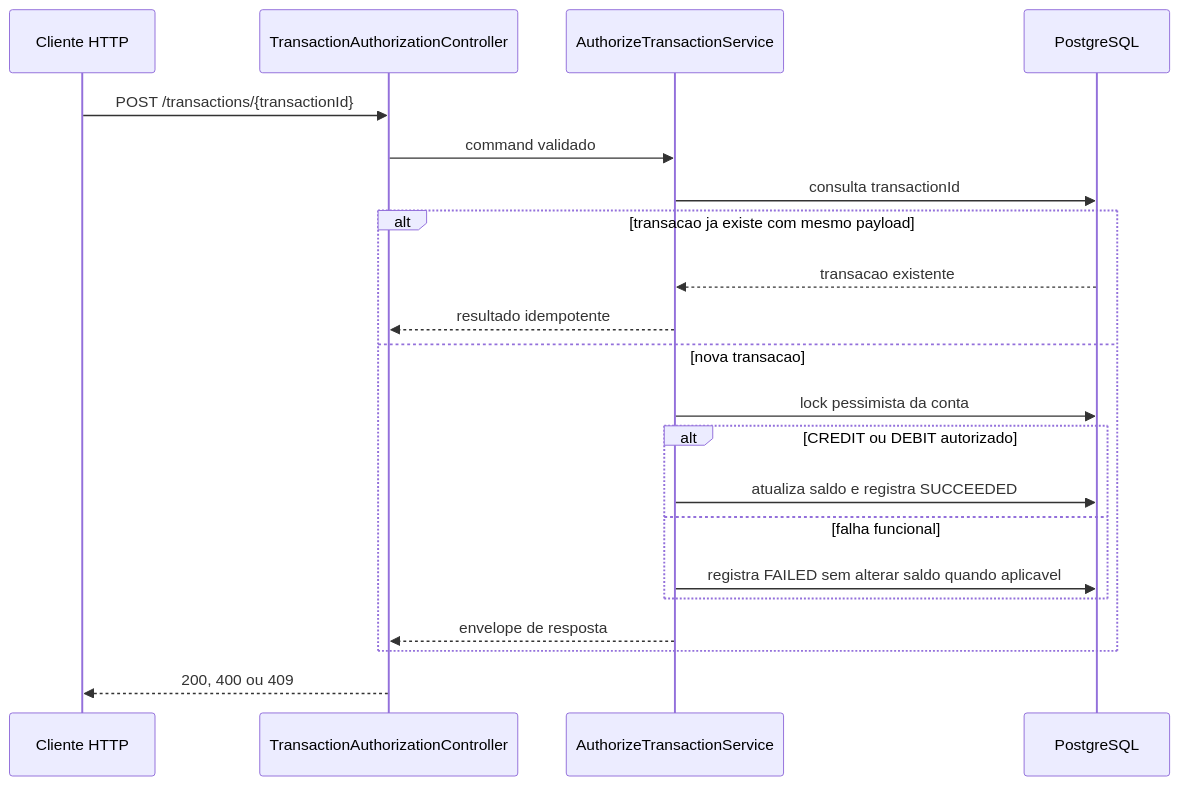
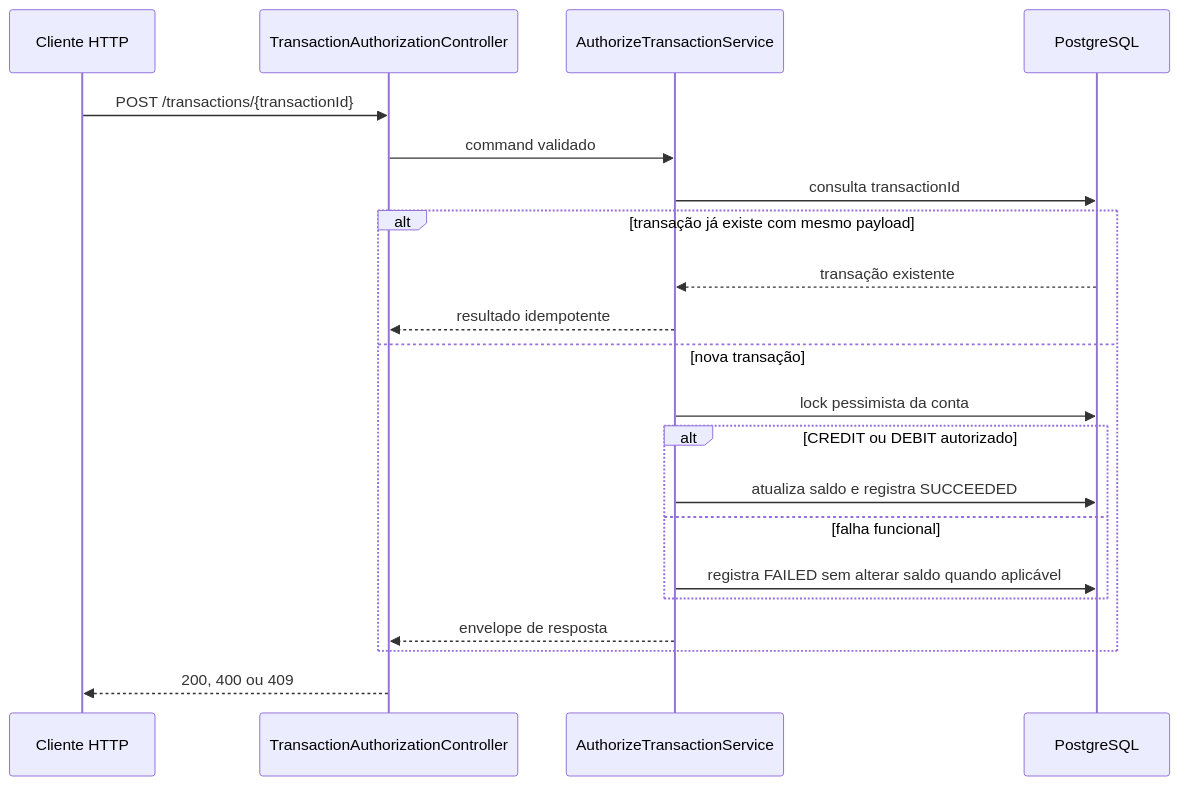
The third of 4 diagrams in docs/architecture.md (lstavares/account-movement-authorizer), drawn with Mermaid before and after one commit. The commit also changed other lines of this file and 11 other files, not shown here.

````diff
--- a/docs/architecture.md
+++ b/docs/architecture.md
@@ -34,24 +34,24 @@
 ```mermaid
 sequenceDiagram
     participant Client as Cliente HTTP
     participant API as TransactionAuthorizationController
     participant Service as AuthorizeTransactionService
     participant DB as PostgreSQL
 
     Client->>API: POST /transactions/{transactionId}
     API->>Service: command validado
     Service->>DB: consulta transactionId
-    alt transacao ja existe com mesmo payload
-        DB-->>Service: transacao existente
+    alt transação já existe com mesmo payload
+        DB-->>Service: transação existente
         Service-->>API: resultado idempotente
-    else nova transacao
+    else nova transação
         Service->>DB: lock pessimista da conta
         alt CREDIT ou DEBIT autorizado
             Service->>DB: atualiza saldo e registra SUCCEEDED
         else falha funcional
-            Service->>DB: registra FAILED sem alterar saldo quando aplicavel
+            Service->>DB: registra FAILED sem alterar saldo quando aplicável
         end
         Service-->>API: envelope de resposta
     end
     API-->>Client: 200, 400 ou 409
 ```
````
